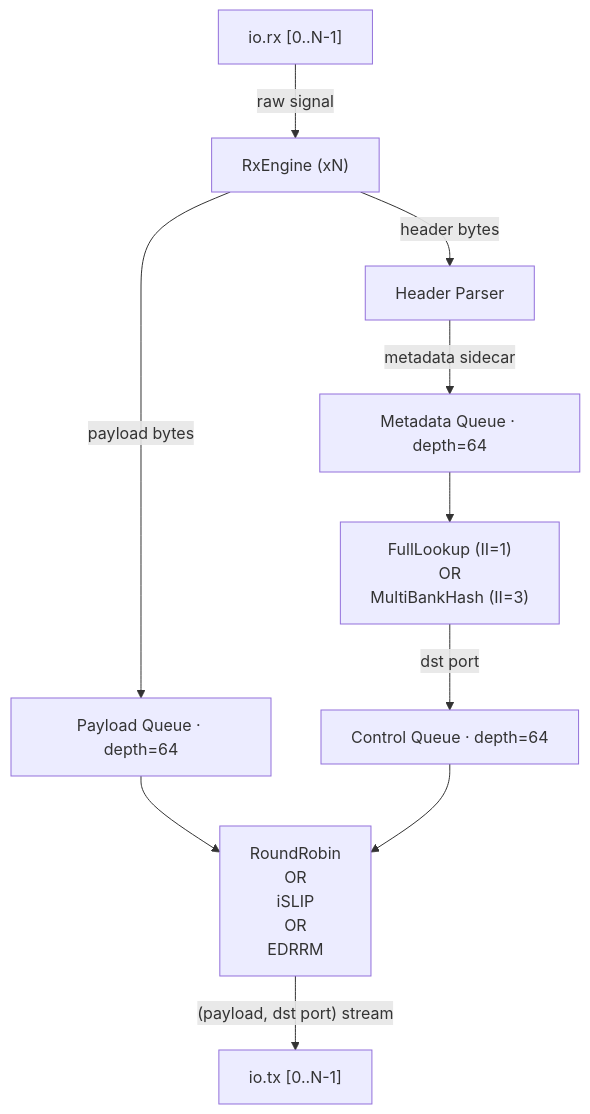
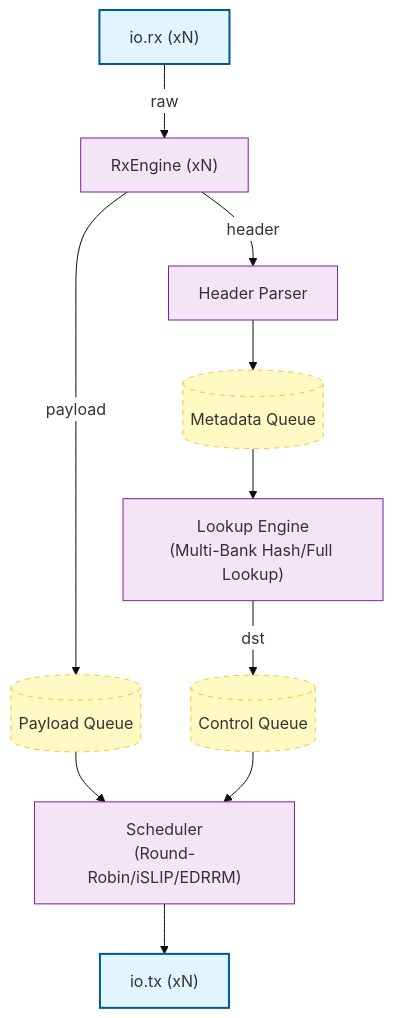
The diagram in README.md (maxsu/spac-chisel), drawn with Mermaid before and after one commit. The commit also changed other lines of this file and 9 other files, not shown here.

````diff
--- a/README.md
+++ b/README.md
@@ -23,42 +22,31 @@
 ```mermaid
+%%{init: {'theme': 'base', 'themeVariables': { 'primaryColor': '#fcfcfc', 'edgeLabelBackground':'#fff'}}}%%
 flowchart TD
-        rx["io.rx [0..N-1]"]
+        rx["io.rx (xN)"]
+        tx["io.tx (xN)"]
+        deser["RxEngine (xN)"]
+        hdr["Header Parser"]
+        qDATA[("Payload Queue")]
+        qH[("Metadata Queue")]
+        qCTRL[("Control Queue")]
+        lkp["Lookup Engine<br/>(Multi-Bank Hash/Full Lookup)"]
 
-        deser["RxEngine (xN)       "]
+        policy["Scheduler<br/>(Round-Robin/iSLIP/EDRRM)"]
 
-    rx -->|"raw signal"| deser
+    rx -->|"raw"| deser
+    deser -->|"payload"| qDATA
+    deser -->|"header"| hdr
+    hdr --> qH --> lkp
+    lkp -->|"dst"| qCTRL
+    
+    qDATA --> policy
+    qCTRL --> policy
+    policy --> tx
 
-    deser -->|"payload bytes"| qDATA
-    deser -->|"header bytes"| hdr
-
-
-
-    qDATA["Payload Queue · depth=64"]
-
-    hdr["Header Parser"]
-    qH["Metadata Queue · depth=64"]
-        hdr -->|"metadata sidecar"| qH --> lkp
-
-        lkp["FullLookup (II=1)
-        OR
-         MultiBankHash (II=3)
-        "]
-
-    lkp -->|"dst port"| qCTRL
-    qCTRL["Control Queue · depth=64"]
-
-        
-        policy["RoundRobin
-        OR
-        iSLIP
-        OR
-        EDRRM"]
-        policy
-
-    qDATA  --> policy
-    qCTRL  --> policy
-
-    policy -->|"(payload, dst port) stream"| tx
-
-        tx["io.tx [0..N-1]"]
+    classDef io fill:#e1f5fe,stroke:#01579b,stroke-width:2px;
+    classDef mem fill:#fff9c4,stroke:#fbc02d,stroke-dasharray: 5 5;
+    classDef logic fill:#f3e5f5,stroke:#7b1fa2;
+    class rx,tx io;
+    class qDATA,qH,qCTRL mem;
+    class lkp,policy,deser,hdr logic;
 ```
````
